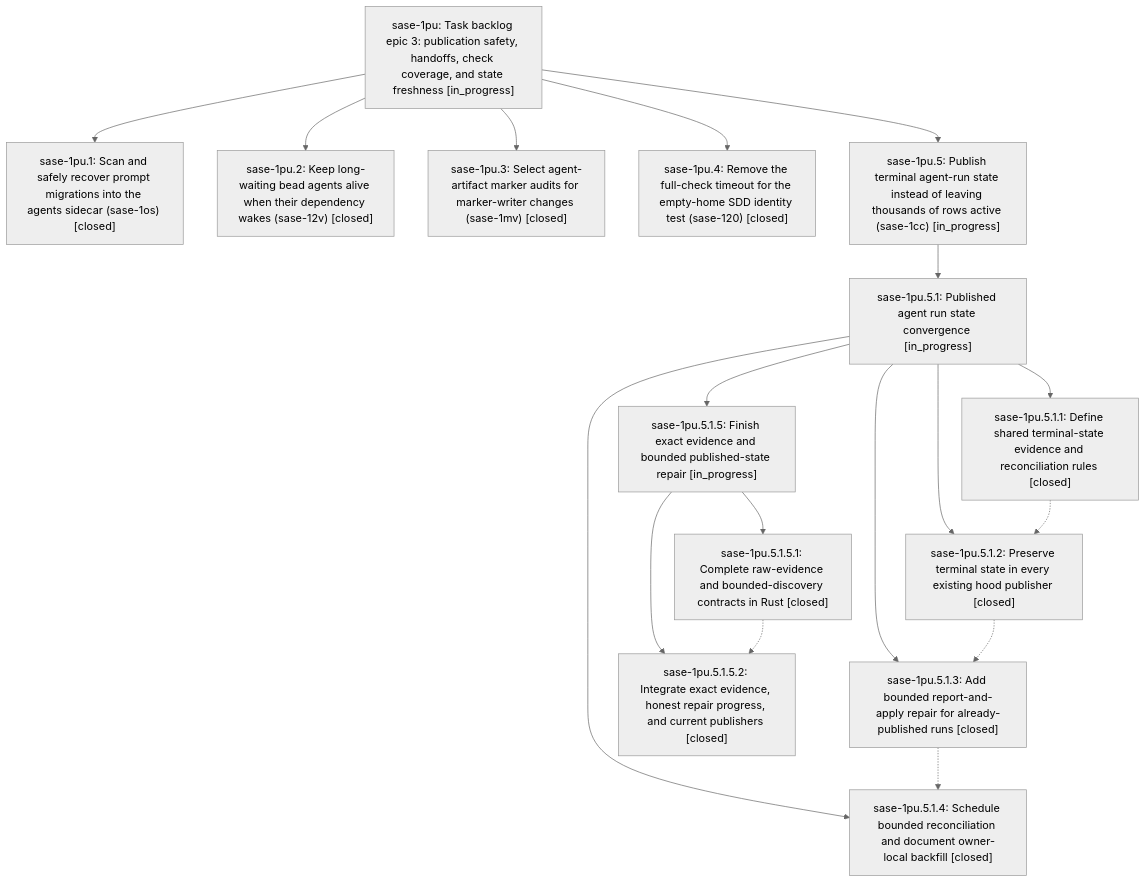
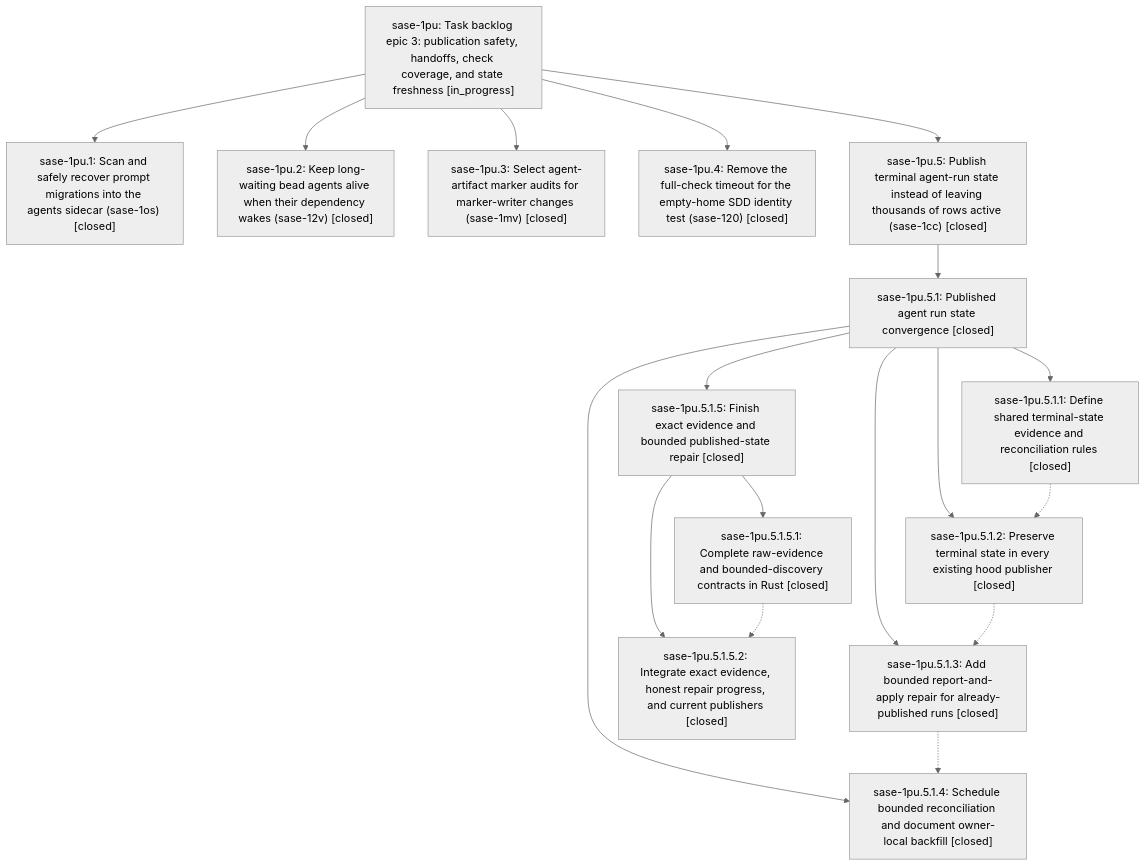
The diagram in pages/sase-1pu/README.md (sase-org/sase--beads), drawn with Mermaid (neutral theme) before and after one commit. The commit also changed other lines of this file and 5 other files, not shown here.

````diff
--- a/pages/sase-1pu/README.md
+++ b/pages/sase-1pu/README.md
@@ -56,34 +56,34 @@
 ```mermaid
 flowchart TD
     n0["sase-1pu: Task backlog epic 3: publication safety, handoffs, check coverage, and state freshness [in_progress]"]
     n1["sase-1pu.1: Scan and safely recover prompt migrations into the agents sidecar (sase-1os) [closed]"]
     n2["sase-1pu.2: Keep long-waiting bead agents alive when their dependency wakes (sase-12v) [closed]"]
     n3["sase-1pu.3: Select agent-artifact marker audits for marker-writer changes (sase-1mv) [closed]"]
     n4["sase-1pu.4: Remove the full-check timeout for the empty-home SDD identity test (sase-120) [closed]"]
-    n5["sase-1pu.5: Publish terminal agent-run state instead of leaving thousands of rows active (sase-1cc) [in_progress]"]
-    n6["sase-1pu.5.1: Published agent run state convergence [in_progress]"]
+    n5["sase-1pu.5: Publish terminal agent-run state instead of leaving thousands of rows active (sase-1cc) [closed]"]
+    n6["sase-1pu.5.1: Published agent run state convergence [closed]"]
     n7["sase-1pu.5.1.1: Define shared terminal-state evidence and reconciliation rules [closed]"]
     n8["sase-1pu.5.1.2: Preserve terminal state in every existing hood publisher [closed]"]
     n9["sase-1pu.5.1.3: Add bounded report-and-apply repair for already-published runs [closed]"]
     n10["sase-1pu.5.1.4: Schedule bounded reconciliation and document owner-local backfill [closed]"]
-    n11["sase-1pu.5.1.5: Finish exact evidence and bounded published-state repair [in_progress]"]
+    n11["sase-1pu.5.1.5: Finish exact evidence and bounded published-state repair [closed]"]
     n12["sase-1pu.5.1.5.1: Complete raw-evidence and bounded-discovery contracts in Rust [closed]"]
     n13["sase-1pu.5.1.5.2: Integrate exact evidence, honest repair progress, and current publishers [closed]"]
     n0 --> n1
     n0 --> n2
     n0 --> n3
     n0 --> n4
     n0 --> n5
     n5 --> n6
     n6 --> n7
     n6 --> n8
     n6 --> n9
     n6 --> n10
     n6 --> n11
     n11 --> n12
     n11 --> n13
     n7 -.-> n8
     n8 -.-> n9
     n9 -.-> n10
     n12 -.-> n13
 ```
````
